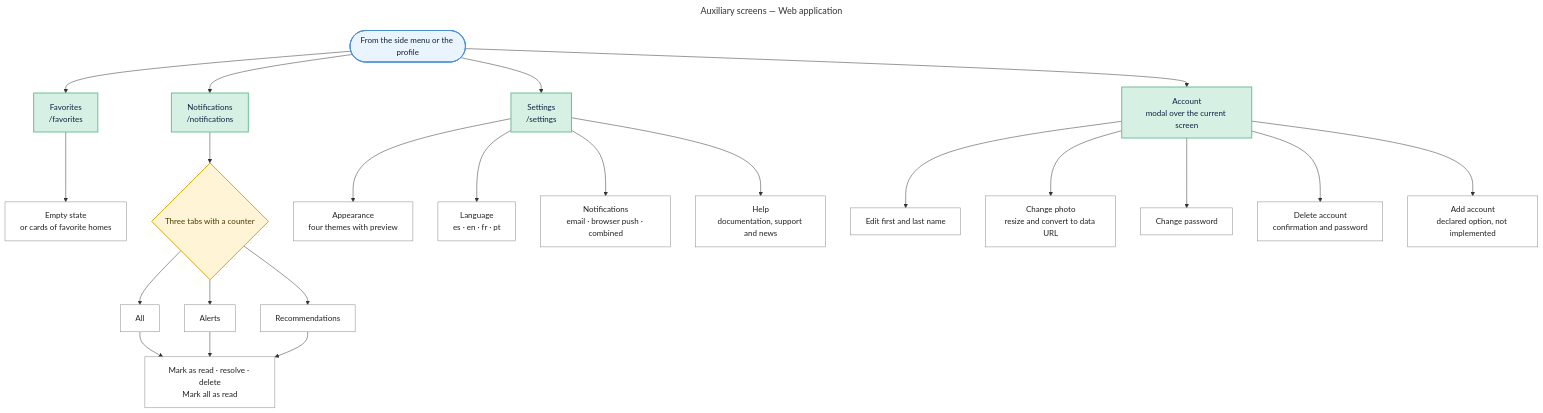
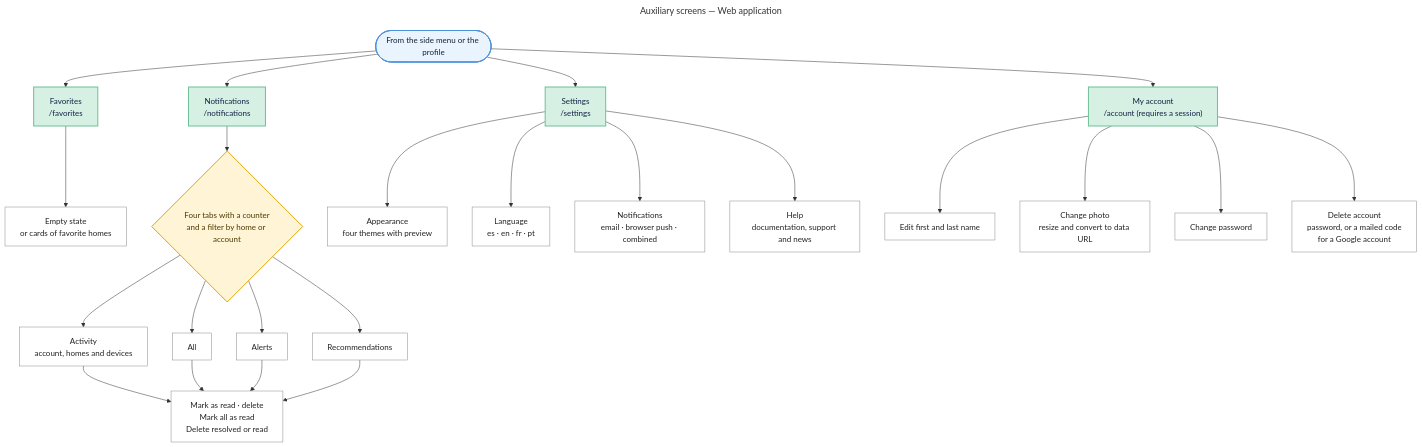
One commit to Juan-Cortes2045/energy-monitor-docs-final changed the third of 4 diagrams in 03-analisis-software/EN/navigation/web-navigation-map.md. Above: the diagram before and after it, drawn with Mermaid. The commit also changed other lines of this file and 7 other files, not shown here.

````diff
--- a/03-analisis-software/EN/navigation/web-navigation-map.md
+++ b/03-analisis-software/EN/navigation/web-navigation-map.md
@@ -193,65 +200,66 @@
 ```mermaid
 ---
 title: Auxiliary screens — Web application
 ---
 flowchart TD
 
   MENU([ From the side menu or the profile ])
 
   FAVS["Favorites<br/>/favorites"]
   FAVEMPTY["Empty state<br/>or cards of favorite homes"]
   FAVS --> FAVEMPTY
 
   NOTIF["Notifications<br/>/notifications"]
-  NTABS{"Three tabs with a counter"}
+  NTABS{"Four tabs with a counter<br/>and a filter by home or account"}
   NALL["All"]
   NAL["Alerts"]
   NREC["Recommendations"]
-  NACT["Mark as read · resolve · delete<br/>Mark all as read"]
+  NACTV["Activity<br/>account, homes and devices"]
+  NACT["Mark as read · delete<br/>Mark all as read<br/>Delete resolved or read"]
   NOTIF --> NTABS
   NTABS --> NALL
   NTABS --> NAL
   NTABS --> NREC
+  NTABS --> NACTV
+  NACTV --> NACT
   NALL --> NACT
   NAL --> NACT
   NREC --> NACT
 
   SETTINGS["Settings<br/>/settings"]
   SETTEMA["Appearance<br/>four themes with preview"]
   SETIDIOMA["Language<br/>es · en · fr · pt"]
   SETAVISO["Notifications<br/>email · browser push · combined"]
   SETAYUDA["Help<br/>documentation, support and news"]
   SETTINGS --> SETTEMA
   SETTINGS --> SETIDIOMA
   SETTINGS --> SETAVISO
   SETTINGS --> SETAYUDA
 
-  ACCOUNT["Account<br/>modal over the current screen"]
+  ACCOUNT["My account<br/>/account (requires a session)"]
   ACCED["Edit first and last name"]
   ACCFOTO["Change photo<br/>resize and convert to data URL"]
   ACCPASS["Change password"]
-  ACCDEL["Delete account<br/>confirmation and password"]
-  ACCADDCUENTA["Add account<br/>declared option, not implemented"]
+  ACCDEL["Delete account<br/>password, or a mailed code<br/>for a Google account"]
   ACCOUNT --> ACCED
   ACCOUNT --> ACCFOTO
   ACCOUNT --> ACCPASS
   ACCOUNT --> ACCDEL
-  ACCOUNT --> ACCADDCUENTA
 
   MENU --> FAVS
   MENU --> NOTIF
   MENU --> SETTINGS
   MENU --> ACCOUNT
 
   FAVS:::module
   NOTIF:::module
   SETTINGS:::module
   ACCOUNT:::module
   classDef module fill:#d6f0e4,stroke:#6fbf9a,stroke-width:2px,color:#124;
   class MENU start
   classDef start fill:#eaf4ff,stroke:#4a90d9,stroke-width:2px,color:#123;
   class NTABS guard
   classDef guard fill:#fff4d6,stroke:#e0a800,stroke-width:2px,color:#4a3b00;
-  class FAVEMPTY,NALL,NAL,NREC,NACT,SETTEMA,SETIDIOMA,SETAVISO,SETAYUDA,ACCED,ACCFOTO,ACCPASS,ACCDEL,ACCADDCUENTA screen
+  class FAVEMPTY,NALL,NAL,NREC,NACTV,NACT,SETTEMA,SETIDIOMA,SETAVISO,SETAYUDA,ACCED,ACCFOTO,ACCPASS,ACCDEL screen
   classDef screen fill:#ffffff,stroke:#8a8a8a,color:#222;
 ```
````
